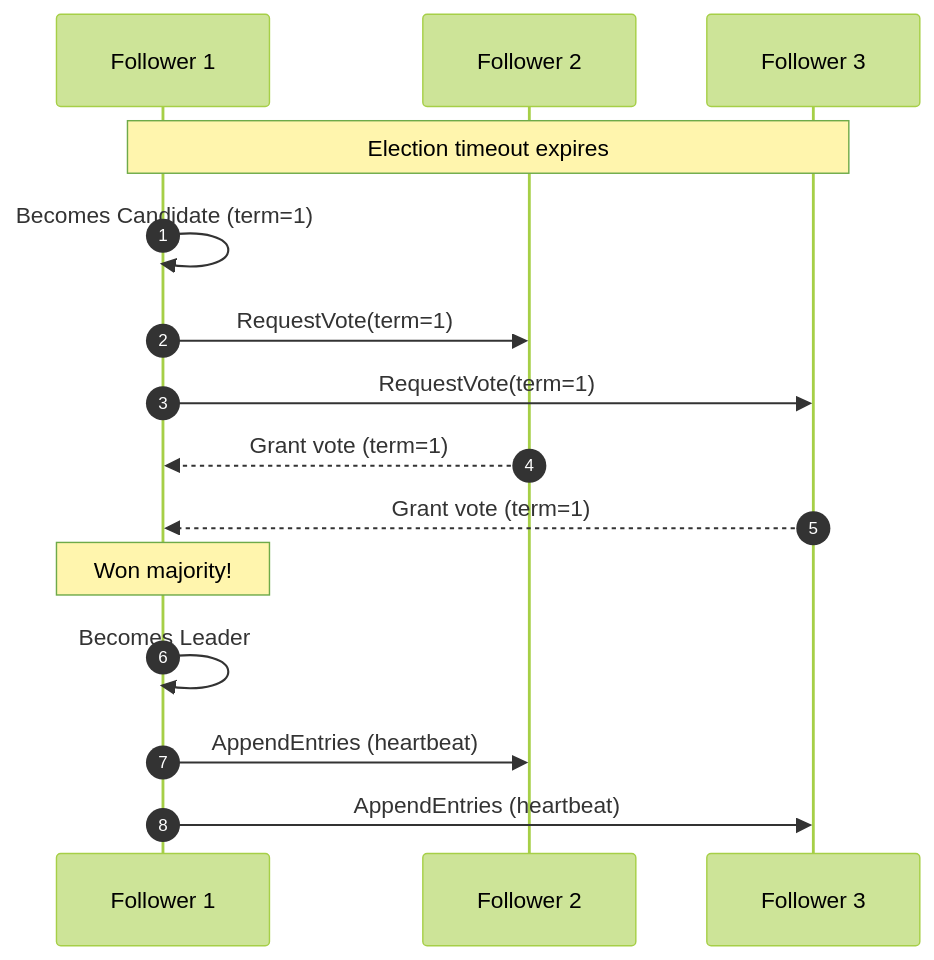
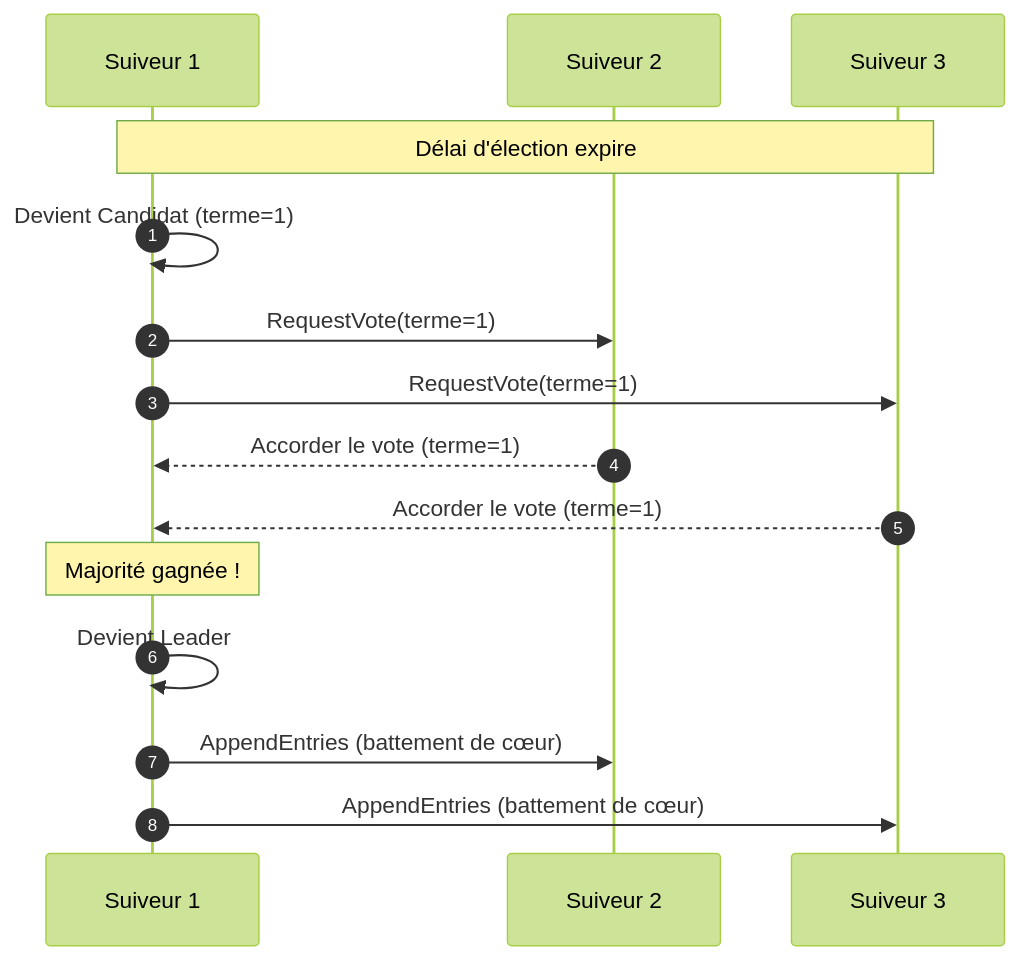
Before and after one commit to dardourimohamed/distributed-systems-course: the fifth of 10 diagrams in src/consensus/12-raft-algorithm.md, drawn with Mermaid (forest theme). The commit also changed other lines of this file and 38 other files, not shown here.

````diff
--- a/src/consensus/12-raft-algorithm.md
+++ b/src/consensus/12-raft-algorithm.md
@@ -182,21 +185,21 @@
 ```mermaid
 sequenceDiagram
     autonumber
-    participant F1 as Follower 1
-    participant F2 as Follower 2
-    participant F3 as Follower 3
+    participant F1 as Suiveur 1
+    participant F2 as Suiveur 2
+    participant F3 as Suiveur 3
 
-    Note over F1,F3: Election timeout expires
+    Note over F1,F3: Délai d'élection expire
 
-    F1->>F1: Becomes Candidate (term=1)
-    F1->>F2: RequestVote(term=1)
-    F1->>F3: RequestVote(term=1)
+    F1->>F1: Devient Candidat (terme=1)
+    F1->>F2: RequestVote(terme=1)
+    F1->>F3: RequestVote(terme=1)
 
-    F2-->>F1: Grant vote (term=1)
-    F3-->>F1: Grant vote (term=1)
+    F2-->>F1: Accorder le vote (terme=1)
+    F3-->>F1: Accorder le vote (terme=1)
 
-    Note over F1: Won majority!
-    F1->>F1: Becomes Leader
-    F1->>F2: AppendEntries (heartbeat)
-    F1->>F3: AppendEntries (heartbeat)
+    Note over F1: Majorité gagnée !
+    F1->>F1: Devient Leader
+    F1->>F2: AppendEntries (battement de cœur)
+    F1->>F3: AppendEntries (battement de cœur)
 ```
````
